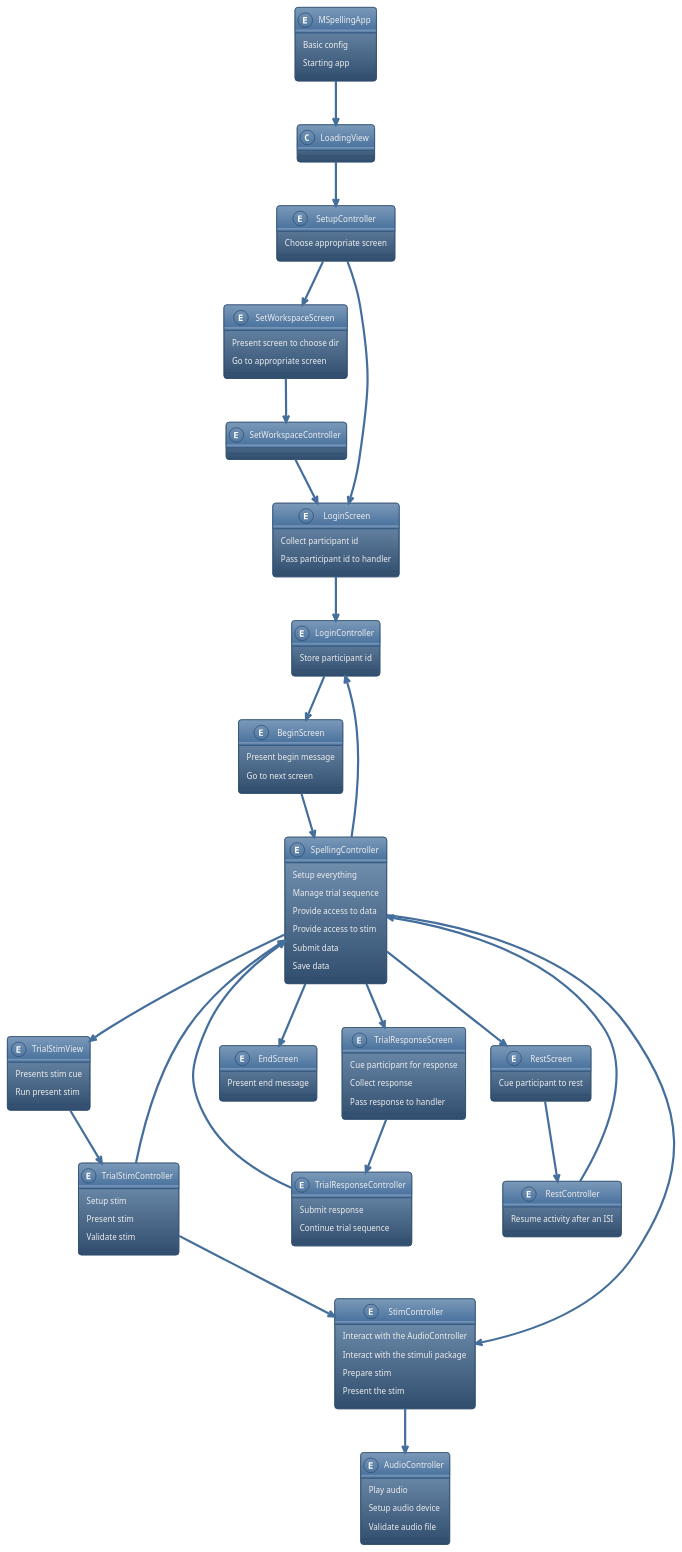
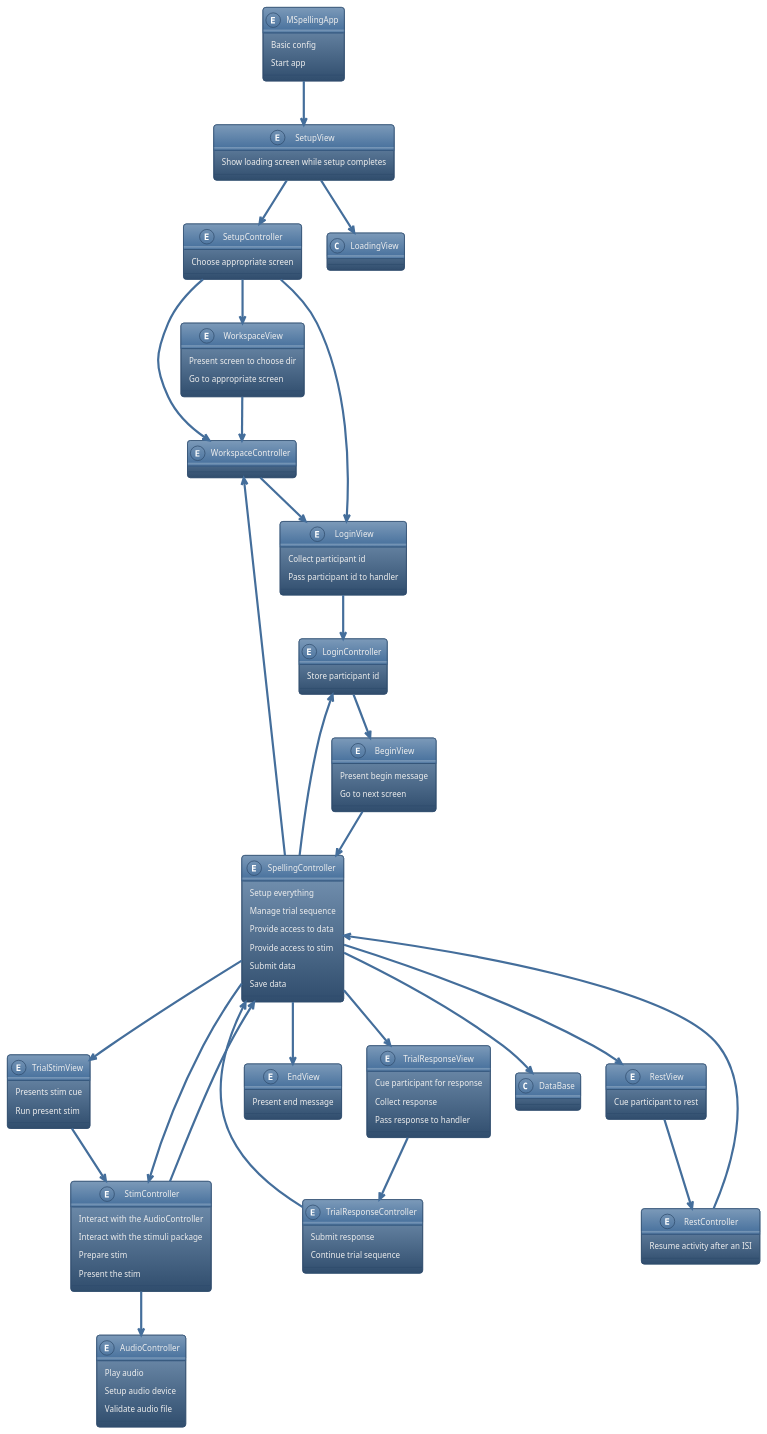
Before and after one commit to mario-bermonti/mspelling: the diagram in docs/design/design.plantuml, drawn with PlantUML.

Commit message:
Update software design

```diff
--- a/docs/design/design.plantuml
+++ b/docs/design/design.plantuml
@@ -1,114 +1,115 @@
 @startuml Entities and Responsibilities
 !theme spacelab
 
 entity MSpellingApp {
     Basic config
-    Starting app
+    Start app
 }
 
 entity SetupController {
     Choose appropriate screen
 }
 
-entity SetWorkspaceScreen {
+entity SetupView {
+    Show loading screen while setup completes
+}
+
+entity WorkspaceView {
     Present screen to choose dir 
     Go to appropriate screen
 }
 
-entity SetWorkspaceController {
+entity WorkspaceController {
 }
 
-entity LoginScreen {
+entity LoginView {
     Collect participant id
     Pass participant id to handler
 }
 
 entity LoginController {
     Store participant id
 }
 
-entity BeginScreen {
+entity BeginView {
     Present begin message
     Go to next screen
 }
 
 entity SpellingController {
     Setup everything
     Manage trial sequence 
     Provide access to data
     Provide access to stim
     Submit data
     Save data
 }
 
 entity TrialStimView {
     Presents stim cue
     Run present stim
 }
 
-entity TrialStimController {
-    Setup stim 
-    Present stim
-    Validate stim
-}
-
-entity TrialResponseScreen {
+entity TrialResponseView {
     Cue participant for response 
     Collect response
     Pass response to handler
 }
 
 entity TrialResponseController {
     Submit response
     Continue trial sequence
 }
 
-entity RestScreen {
+entity RestView {
     Cue participant to rest 
 }
 
 entity RestController {
     Resume activity after an ISI
 }
 
-entity EndScreen {
+entity EndView {
     Present end message
 }
 
 entity StimController {   
     Interact with the AudioController 
     Interact with the stimuli package
     Prepare stim 
     Present the stim
 }
 
 entity AudioController {
     Play audio
     Setup audio device
     Validate audio file
 }
 
-MSpellingApp --> LoadingView
-LoadingView --> SetupController
-SetupController --> SetWorkspaceScreen
-SetupController --> LoginScreen
-SetWorkspaceScreen --> SetWorkspaceController
-SetWorkspaceController --> LoginScreen
-LoginScreen --> LoginController
-LoginController --> BeginScreen
-BeginScreen --> SpellingController
+MSpellingApp --> SetupView
+SetupView --> SetupController
+SetupView --> LoadingView
+SetupController --> WorkspaceController
+SetupController --> WorkspaceView
+SetupController --> LoginView
+WorkspaceView --> WorkspaceController
+WorkspaceController --> LoginView
+LoginView --> LoginController
+LoginController --> BeginView
+BeginView --> SpellingController
 SpellingController --> TrialStimView
-TrialStimView --> TrialStimController
-TrialStimController --> SpellingController
-TrialStimController --> StimController
-SpellingController --> TrialResponseScreen
-TrialResponseScreen --> TrialResponseController
+TrialStimView --> StimController
+SpellingController --> TrialResponseView
+TrialResponseView --> TrialResponseController
 TrialResponseController --> SpellingController
-SpellingController --> RestScreen
-RestScreen --> RestController
+SpellingController --> RestView
+RestView --> RestController
 RestController --> SpellingController
-SpellingController --> EndScreen
+SpellingController --> EndView
 SpellingController --> LoginController
 SpellingController --> StimController
+SpellingController --> WorkspaceController
+SpellingController --> DataBase
 StimController --> AudioController
+StimController --> SpellingController
 @enduml
```
